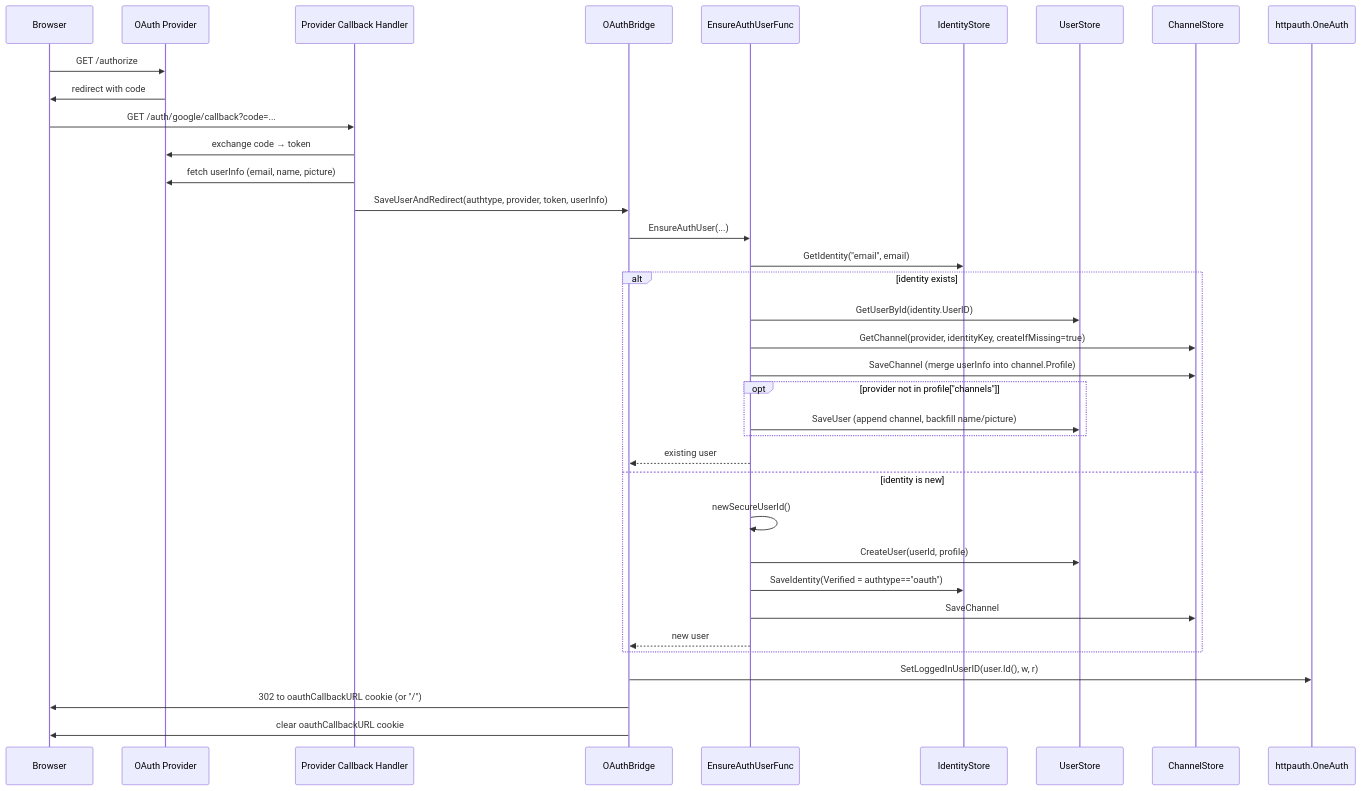
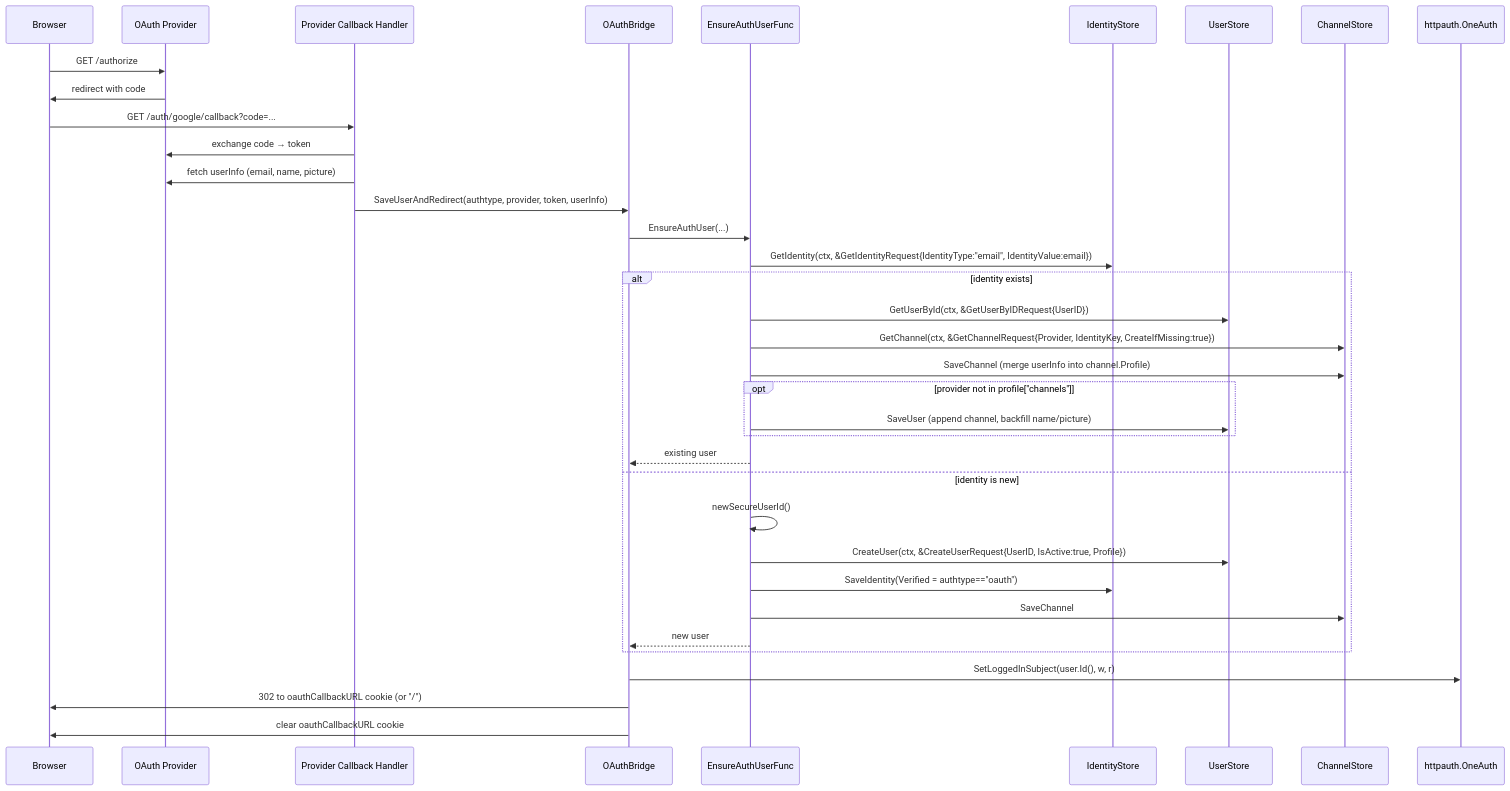
One commit to panyam/oneauth changed the first of 2 diagrams in federatedauth/DESIGN.md. Above: the diagram before and after it, drawn with Mermaid. The commit also changed other lines of this file and 38 other files, not shown here.

````diff
--- a/federatedauth/DESIGN.md
+++ b/federatedauth/DESIGN.md
@@ -47,39 +47,39 @@
 ```mermaid
 sequenceDiagram
   participant Browser
   participant Provider as OAuth Provider
   participant CB as Provider Callback Handler
   participant Bridge as OAuthBridge
   participant Ensure as EnsureAuthUserFunc
   participant IS as IdentityStore
   participant US as UserStore
   participant CS as ChannelStore
   participant OA as httpauth.OneAuth
 
   Browser->>Provider: GET /authorize
   Provider->>Browser: redirect with code
   Browser->>CB: GET /auth/google/callback?code=...
   CB->>Provider: exchange code → token
   CB->>Provider: fetch userInfo (email, name, picture)
   CB->>Bridge: SaveUserAndRedirect(authtype, provider, token, userInfo)
   Bridge->>Ensure: EnsureAuthUser(...)
-  Ensure->>IS: GetIdentity("email", email)
+  Ensure->>IS: GetIdentity(ctx, &GetIdentityRequest{IdentityType:"email", IdentityValue:email})
   alt identity exists
-    Ensure->>US: GetUserById(identity.UserID)
-    Ensure->>CS: GetChannel(provider, identityKey, createIfMissing=true)
+    Ensure->>US: GetUserById(ctx, &GetUserByIDRequest{UserID})
+    Ensure->>CS: GetChannel(ctx, &GetChannelRequest{Provider, IdentityKey, CreateIfMissing:true})
     Ensure->>CS: SaveChannel (merge userInfo into channel.Profile)
     opt provider not in profile["channels"]
       Ensure->>US: SaveUser (append channel, backfill name/picture)
     end
     Ensure-->>Bridge: existing user
   else identity is new
     Ensure->>Ensure: newSecureUserId()
-    Ensure->>US: CreateUser(userId, profile)
+    Ensure->>US: CreateUser(ctx, &CreateUserRequest{UserID, IsActive:true, Profile})
     Ensure->>IS: SaveIdentity(Verified = authtype=="oauth")
     Ensure->>CS: SaveChannel
     Ensure-->>Bridge: new user
   end
-  Bridge->>OA: SetLoggedInUserID(user.Id(), w, r)
+  Bridge->>OA: SetLoggedInSubject(user.Id(), w, r)
   Bridge->>Browser: 302 to oauthCallbackURL cookie (or "/")
   Bridge->>Browser: clear oauthCallbackURL cookie
 ```
````
